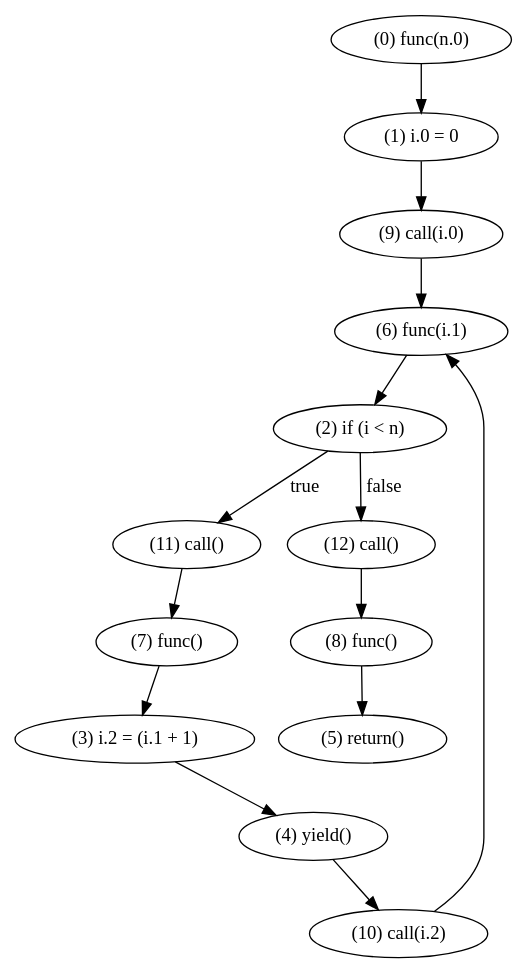
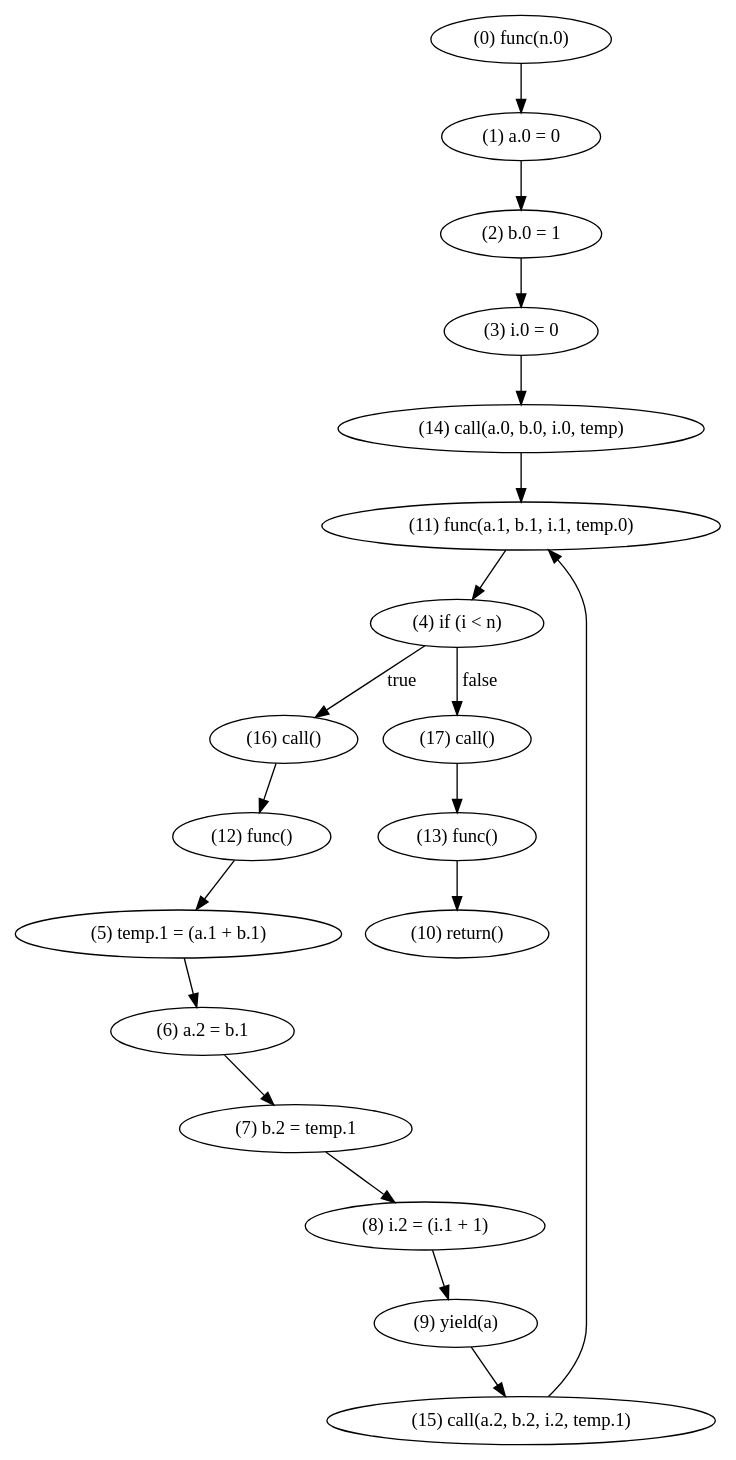
One commit to WorldofKerry/ToHDL changed the diagram in crates/passes/make_ssa.dot. Above: the diagram before and after it, drawn with Graphviz. The commit also changed 5 other files, not shown here.

```diff
--- a/crates/passes/make_ssa.dot
+++ b/crates/passes/make_ssa.dot
@@ -1,28 +1,38 @@
 digraph {
     0 [ label = "(0) func(n.0)" ]
-    1 [ label = "(1) i.0 = 0" ]
-    2 [ label = "(2) if (i < n)" ]
-    3 [ label = "(3) i.2 = (i.1 + 1)" ]
-    4 [ label = "(4) yield()" ]
-    5 [ label = "(5) return()" ]
-    6 [ label = "(6) func(i.1)" ]
-    7 [ label = "(7) func()" ]
-    8 [ label = "(8) func()" ]
-    9 [ label = "(9) call(i.0)" ]
-    10 [ label = "(10) call(i.2)" ]
-    11 [ label = "(11) call()" ]
-    12 [ label = "(12) call()" ]
+    1 [ label = "(1) a.0 = 0" ]
+    2 [ label = "(2) b.0 = 1" ]
+    3 [ label = "(3) i.0 = 0" ]
+    4 [ label = "(4) if (i < n)" ]
+    5 [ label = "(5) temp.1 = (a.1 + b.1)" ]
+    6 [ label = "(6) a.2 = b.1" ]
+    7 [ label = "(7) b.2 = temp.1" ]
+    8 [ label = "(8) i.2 = (i.1 + 1)" ]
+    9 [ label = "(9) yield(a)" ]
+    10 [ label = "(10) return()" ]
+    11 [ label = "(11) func(a.1, b.1, i.1, temp.0)" ]
+    12 [ label = "(12) func()" ]
+    13 [ label = "(13) func()" ]
+    14 [ label = "(14) call(a.0, b.0, i.0, temp)" ]
+    15 [ label = "(15) call(a.2, b.2, i.2, temp.1)" ]
+    16 [ label = "(16) call()" ]
+    17 [ label = "(17) call()" ]
     0 -> 1 [ label = "" ]
-    1 -> 9 [ label = "" ]
-    2 -> 12 [ label = "false" ]
-    2 -> 11 [ label = "true" ]
-    3 -> 4 [ label = "" ]
-    4 -> 10 [ label = "" ]
-    6 -> 2 [ label = "" ]
-    7 -> 3 [ label = "" ]
-    8 -> 5 [ label = "" ]
-    9 -> 6 [ label = "" ]
-    10 -> 6 [ label = "" ]
-    11 -> 7 [ label = "" ]
-    12 -> 8 [ label = "" ]
+    1 -> 2 [ label = "" ]
+    2 -> 3 [ label = "" ]
+    3 -> 14 [ label = "" ]
+    4 -> 17 [ label = "false" ]
+    4 -> 16 [ label = "true" ]
+    5 -> 6 [ label = "" ]
+    6 -> 7 [ label = "" ]
+    7 -> 8 [ label = "" ]
+    8 -> 9 [ label = "" ]
+    9 -> 15 [ label = "" ]
+    11 -> 4 [ label = "" ]
+    12 -> 5 [ label = "" ]
+    13 -> 10 [ label = "" ]
+    14 -> 11 [ label = "" ]
+    15 -> 11 [ label = "" ]
+    16 -> 12 [ label = "" ]
+    17 -> 13 [ label = "" ]
 }
```
